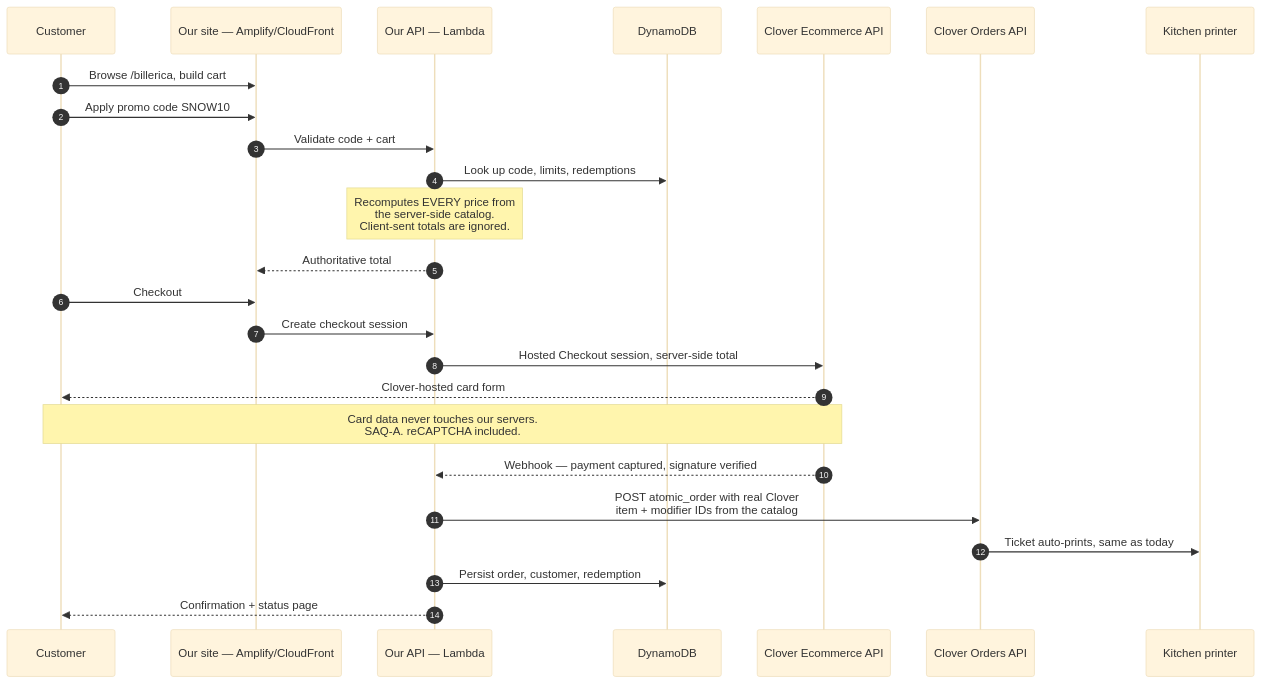
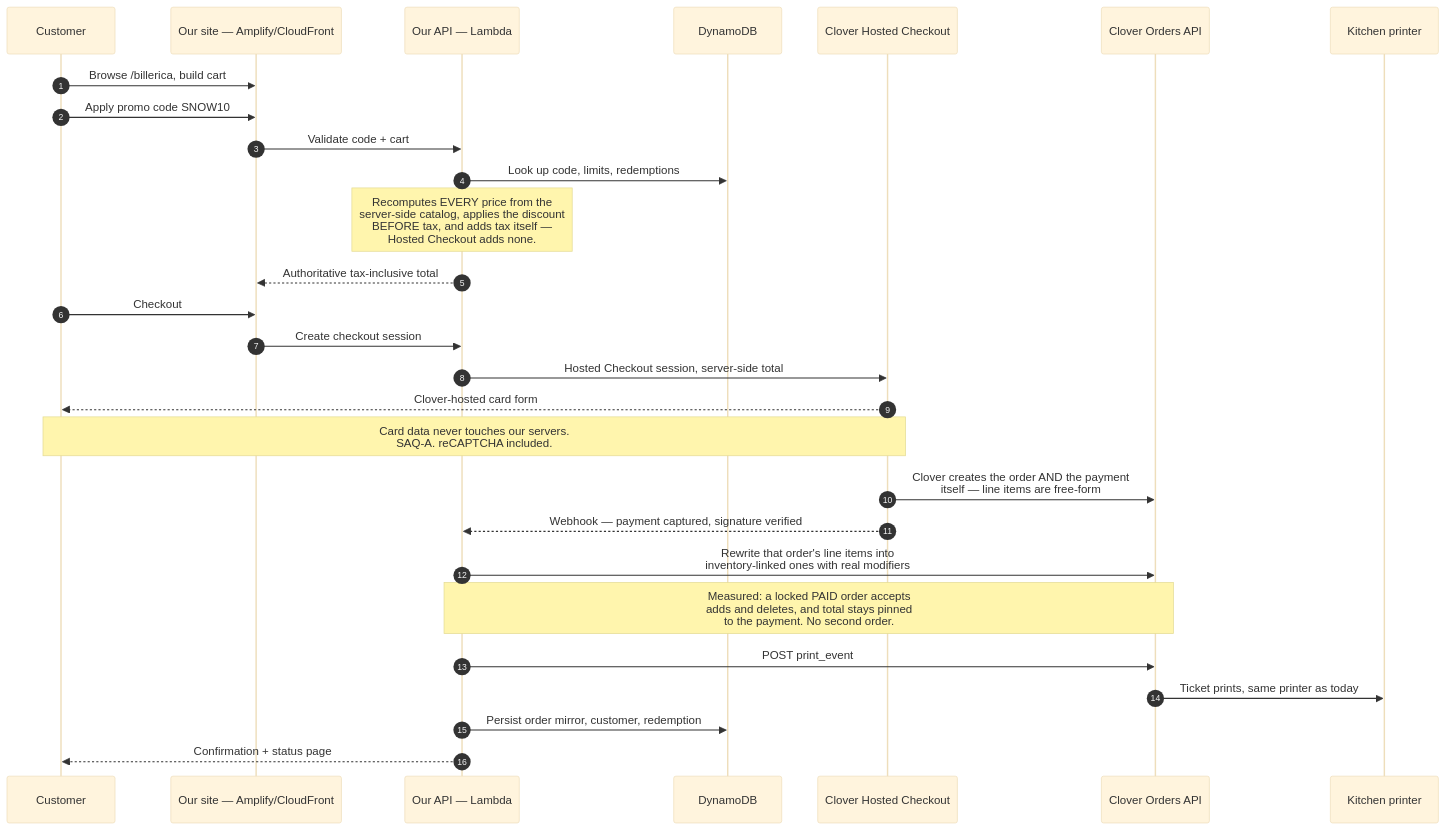
Before and after one commit to aslanSDET/boba-shop: the fifth of 10 diagrams in CLOVER-AND-LAUNCH.md, drawn with Mermaid (base theme). The commit also changed other lines of this file and 1 other file, not shown here.

Commit message:
Update the brief to the simpler post-spike checkout flow
The sequence diagram still showed us pushing an atomic order after payment.
Hosted Checkout makes the order itself, so the diagram now shows the rewrite:
Clover creates order and payment, the webhook swaps the free-form line items for
inventory-linked ones, then fires print_event. Also notes that our server adds
the tax, because Hosted Checkout adds none.

The "one open technical unknown" callout is answered and replaced by the one
that is actually still open — printing, which a sandbox cannot demonstrate
because test merchants have no devices.

Added the four sandbox measurements that change the code, the tax rate unit
first: 6.25% is 625000, and 6250000 silently charges 62.5%.

All 10 diagrams re-validated against the mermaid parser and round-trip
byte-identical into the published page.

Claude-Session: https://claude.ai/code/session_01XnCp4Ty3BAbyLZA7hie7qX

````diff
--- a/CLOVER-AND-LAUNCH.md
+++ b/CLOVER-AND-LAUNCH.md
@@ -216,30 +216,34 @@
 ```mermaid
 sequenceDiagram
     autonumber
     participant U as Customer
     participant W as Our site — Amplify/CloudFront
     participant L as Our API — Lambda
     participant D as DynamoDB
-    participant CE as Clover Ecommerce API
+    participant CE as Clover Hosted Checkout
     participant CO as Clover Orders API
     participant P as Kitchen printer
 
     U->>W: Browse /billerica, build cart
     U->>W: Apply promo code SNOW10
     W->>L: Validate code + cart
     L->>D: Look up code, limits, redemptions
-    Note over L: Recomputes EVERY price from<br/>the server-side catalog.<br/>Client-sent totals are ignored.
-    L-->>W: Authoritative total
+    Note over L: Recomputes EVERY price from the<br/>server-side catalog, applies the discount<br/>BEFORE tax, and adds tax itself —<br/>Hosted Checkout adds none.
+    L-->>W: Authoritative tax-inclusive total
 
     U->>W: Checkout
     W->>L: Create checkout session
     L->>CE: Hosted Checkout session, server-side total
     CE-->>U: Clover-hosted card form
     Note over U,CE: Card data never touches our servers.<br/>SAQ-A. reCAPTCHA included.
+
+    CE->>CO: Clover creates the order AND the payment<br/>itself — line items are free-form
     CE-->>L: Webhook — payment captured, signature verified
 
-    L->>CO: POST atomic_order with real Clover<br/>item + modifier IDs from the catalog
-    CO->>P: Ticket auto-prints, same as today
-    L->>D: Persist order, customer, redemption
+    L->>CO: Rewrite that order's line items into<br/>inventory-linked ones with real modifiers
+    Note over L,CO: Measured: a locked PAID order accepts<br/>adds and deletes, and total stays pinned<br/>to the payment. No second order.
+    L->>CO: POST print_event
+    CO->>P: Ticket prints, same printer as today
+    L->>D: Persist order mirror, customer, redemption
     L-->>U: Confirmation + status page
 ```
````
